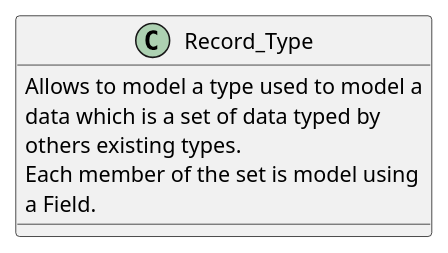
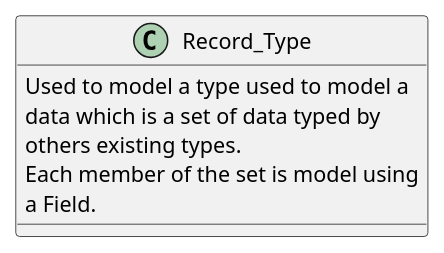
Before and after one commit to HomeMadeBots/Embedded_Software_Meta_Model: the diagram in Meta-Classes/Record_Type.puml, drawn with PlantUML. The commit also changed 17 other files, not shown here.

```diff
--- a/Meta-Classes/Record_Type.puml
+++ b/Meta-Classes/Record_Type.puml
@@ -1,12 +1,12 @@
 @startuml
 
 class Record_Type
 {
-  Allows to model a type used to model a
+  Used to model a type used to model a
   data which is a set of data typed by
   others existing types.
   Each member of the set is model using
   a Field.
 }
 
 @enduml
```
